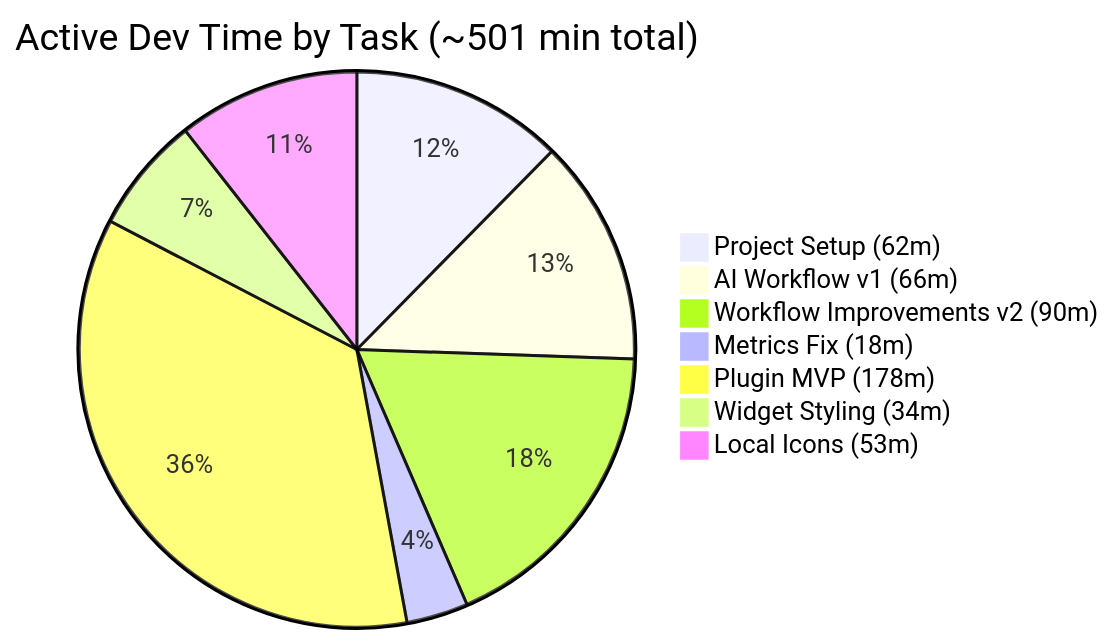
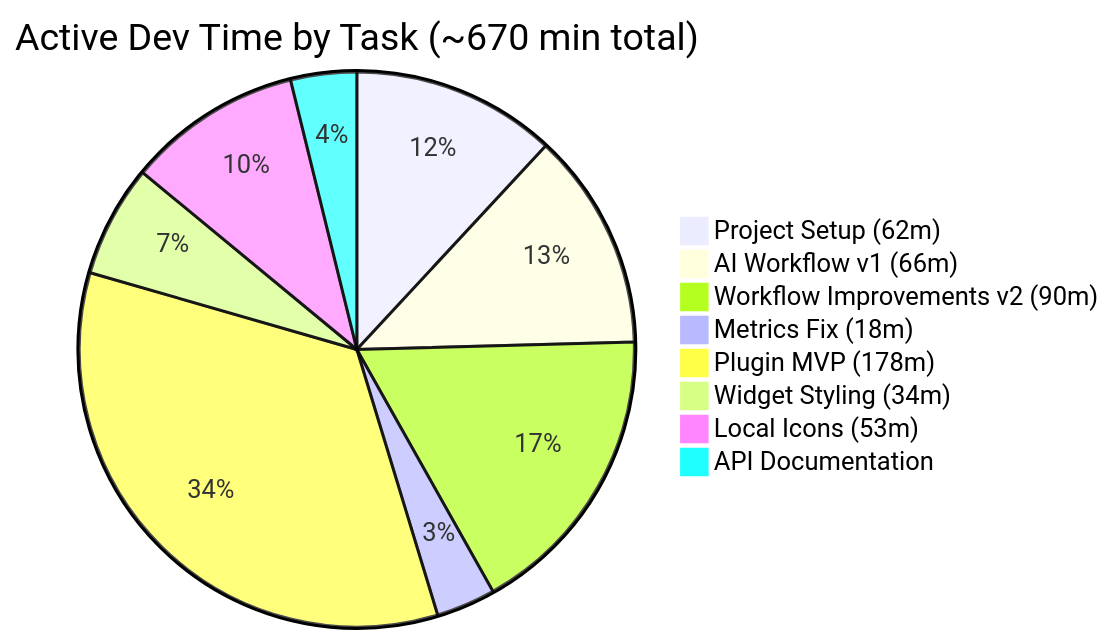
The first of 7 diagrams in README.md (atlantdak/claude-code-hackathon-xbo-market-kit), drawn with Mermaid before and after one commit. The commit also changed other lines of this file and 5 other files, not shown here.

First line of the commit message:
docs: add REST API documentation with Swagger UI for GitHub Pages

````diff
--- a/README.md
+++ b/README.md
@@ -57,10 +58,11 @@
 ```mermaid
-pie title Active Dev Time by Task (~501 min total)
+pie title Active Dev Time by Task (~670 min total)
     "Project Setup (62m)" : 62
     "AI Workflow v1 (66m)" : 66
     "Workflow Improvements v2 (90m)" : 90
     "Metrics Fix (18m)" : 18
     "Plugin MVP (178m)" : 178
     "Widget Styling (34m)" : 34
     "Local Icons (53m)" : 53
+    "API Documentation" : 20
 ```
````
